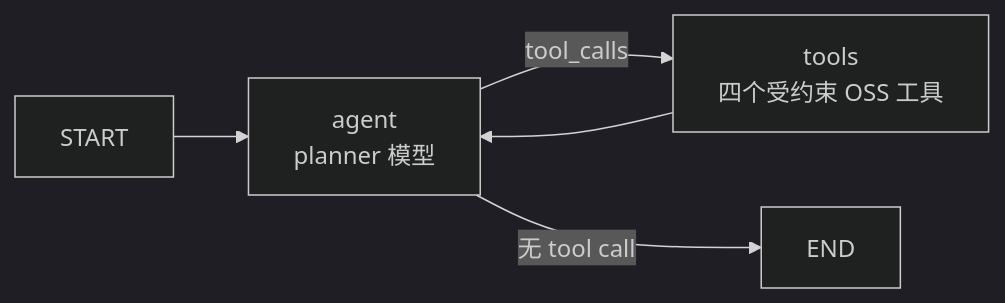
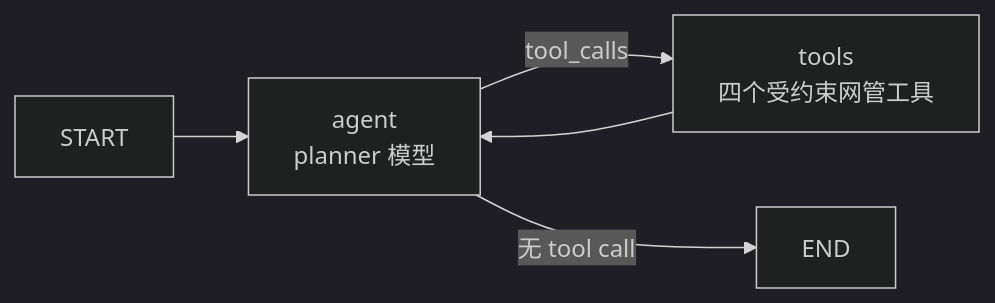
The ninth of 9 diagrams in a2a-t-sample/ran-energy-saving/README-zh.md (codetalks-hw/a2a-t-sdk-python), drawn with Mermaid (dark theme) before and after one commit. The commit also changed other lines of this file and 1 other file, not shown here.

First line of the commit message:
docs(ran-sample): add a business view and correct the oss role

````diff
--- a/a2a-t-sample/ran-energy-saving/README-zh.md
+++ b/a2a-t-sample/ran-energy-saving/README-zh.md
@@ -675,7 +705,7 @@
 ```mermaid
 flowchart LR
     START --> A[agent<br/>planner 模型]
-    A -- tool_calls --> T[tools<br/>四个受约束 OSS 工具]
+    A -- tool_calls --> T[tools<br/>四个受约束网管工具]
     T --> A
     A -- 无 tool call --> END
 ```
````
